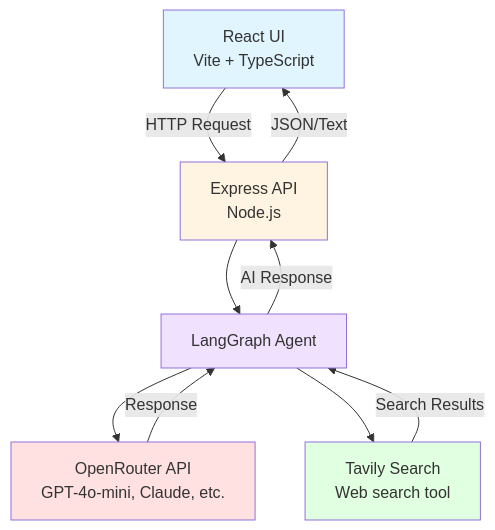
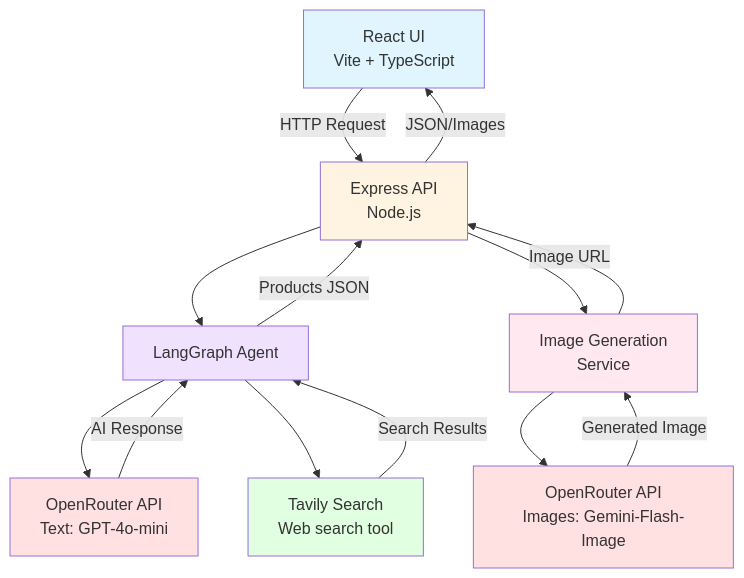
One commit to shrutikapoor08/codetv-openrouter-vibe-to-cart changed the first of 8 diagrams in ARCHITECTURE.md. Above: the diagram before and after it, drawn with Mermaid. The commit also changed other lines of this file, not shown here.

First line of the commit message:
docs: update ARCHITECTURE.md with complete OpenRouter usage

````diff
--- a/ARCHITECTURE.md
+++ b/ARCHITECTURE.md
@@ -9,17 +9,23 @@
 ```mermaid
 graph TD
     A[React UI<br/>Vite + TypeScript] -->|HTTP Request| B[Express API<br/>Node.js]
     B --> D[LangGraph Agent]
-    D --> E[OpenRouter API<br/>GPT-4o-mini, Claude, etc.]
+    B --> G[Image Generation<br/>Service]
+    D --> E[OpenRouter API<br/>Text: GPT-4o-mini]
     D --> F[Tavily Search<br/>Web search tool]
-    E -->|Response| D
+    G --> H[OpenRouter API<br/>Images: Gemini-Flash-Image]
+    E -->|AI Response| D
     F -->|Search Results| D
-    D -->|AI Response| B
-    B -->|JSON/Text| A
+    D -->|Products JSON| B
+    H -->|Generated Image| G
+    G -->|Image URL| B
+    B -->|JSON/Images| A
 
     style A fill:#e1f5ff
     style B fill:#fff4e1
     style D fill:#f0e1ff
     style E fill:#ffe1e1
     style F fill:#e1ffe1
+    style G fill:#ffe8f0
+    style H fill:#ffe1e1
 ```
````
